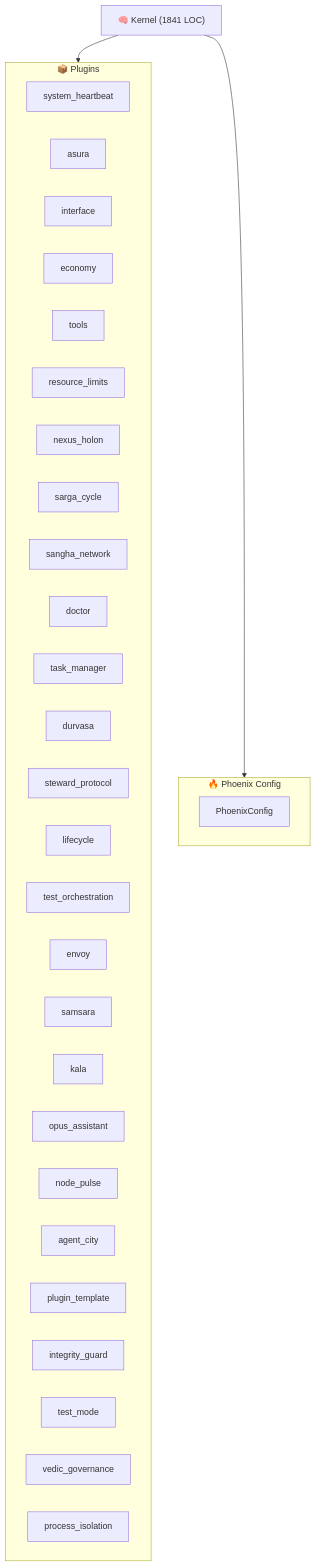
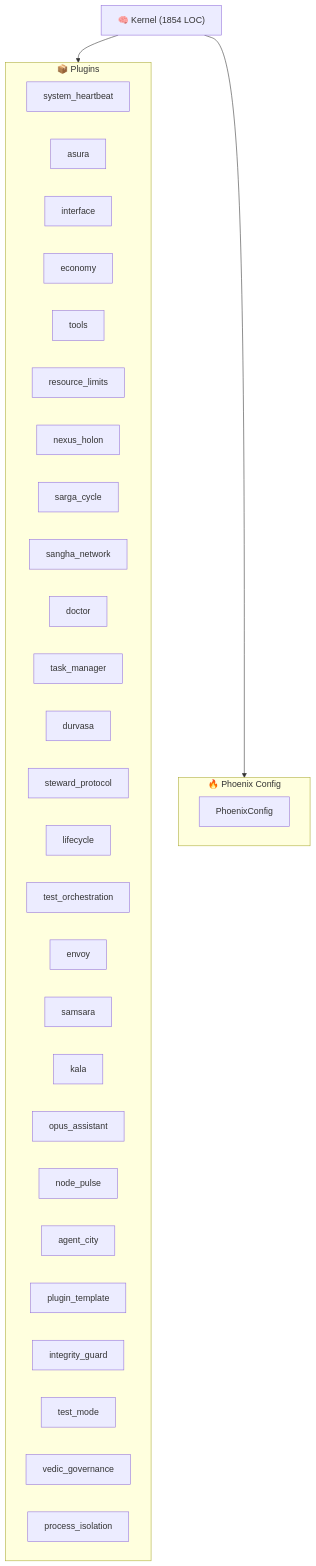
The diagram in ARCHITECTURE.md (kimeisele/steward-protocol), drawn with Mermaid before and after one commit. The commit also changed other lines of this file and 15 other files, not shown here.

````diff
--- a/ARCHITECTURE.md
+++ b/ARCHITECTURE.md
@@ -8,37 +8,37 @@
 ```mermaid
 graph TB
-    K["🧠 Kernel (1841 LOC)"]
+    K["🧠 Kernel (1854 LOC)"]
     subgraph Plugins["📦 Plugins"]
         P_system_heartbeat["system_heartbeat"]
         P_asura["asura"]
         P_interface["interface"]
         P_economy["economy"]
         P_tools["tools"]
         P_resource_limits["resource_limits"]
         P_nexus_holon["nexus_holon"]
         P_sarga_cycle["sarga_cycle"]
         P_sangha_network["sangha_network"]
         P_doctor["doctor"]
         P_task_manager["task_manager"]
         P_durvasa["durvasa"]
         P_steward_protocol["steward_protocol"]
         P_lifecycle["lifecycle"]
         P_test_orchestration["test_orchestration"]
         P_envoy["envoy"]
         P_samsara["samsara"]
         P_kala["kala"]
         P_opus_assistant["opus_assistant"]
         P_node_pulse["node_pulse"]
         P_agent_city["agent_city"]
         P_plugin_template["plugin_template"]
         P_integrity_guard["integrity_guard"]
         P_test_mode["test_mode"]
         P_vedic_governance["vedic_governance"]
         P_process_isolation["process_isolation"]
     end
     K --> Plugins
     subgraph Config["🔥 Phoenix Config"]
         PC[PhoenixConfig]
     end
     K --> Config
 ```
````
